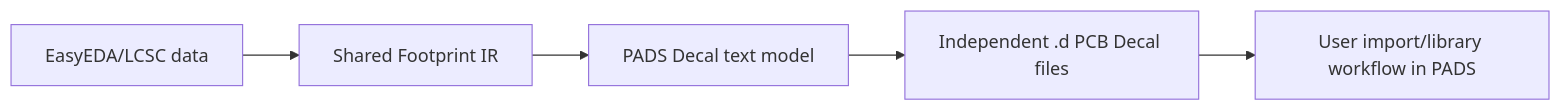
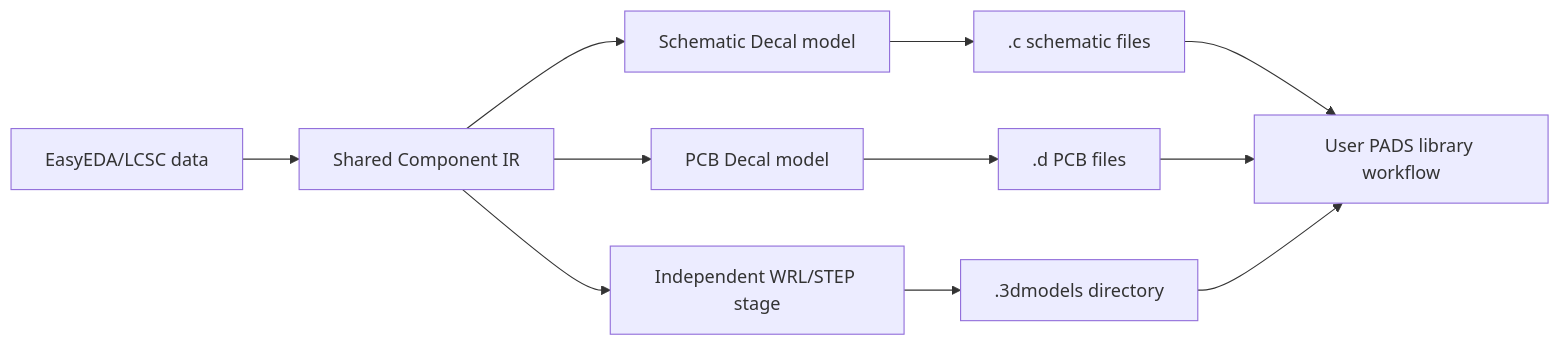
Before and after one commit to EasyKiconverter/EasyKiConverter: the diagram in docs/developer/PADS_EXPORT_en.md, drawn with Mermaid. The commit also changed other lines of this file and 19 other files, not shown here.

````diff
--- a/docs/developer/PADS_EXPORT_en.md
+++ b/docs/developer/PADS_EXPORT_en.md
@@ -7,7 +7,13 @@
 ```mermaid
 flowchart LR
-    EasyEDA[EasyEDA/LCSC data] --> IR[Shared Footprint IR]
-    IR --> Model[PADS Decal text model]
-    Model --> Decal[Independent .d PCB Decal files]
-    Decal --> PADS[User import/library workflow in PADS]
+    EasyEDA[EasyEDA/LCSC data] --> IR[Shared Component IR]
+    IR --> Sch[Schematic Decal model]
+    IR --> Pcb[PCB Decal model]
+    IR --> Model3D[Independent WRL/STEP stage]
+    Sch --> C[.c schematic files]
+    Pcb --> D[.d PCB files]
+    Model3D --> Models[.3dmodels directory]
+    C --> PADS[User PADS library workflow]
+    D --> PADS
+    Models --> PADS
 ```
````
